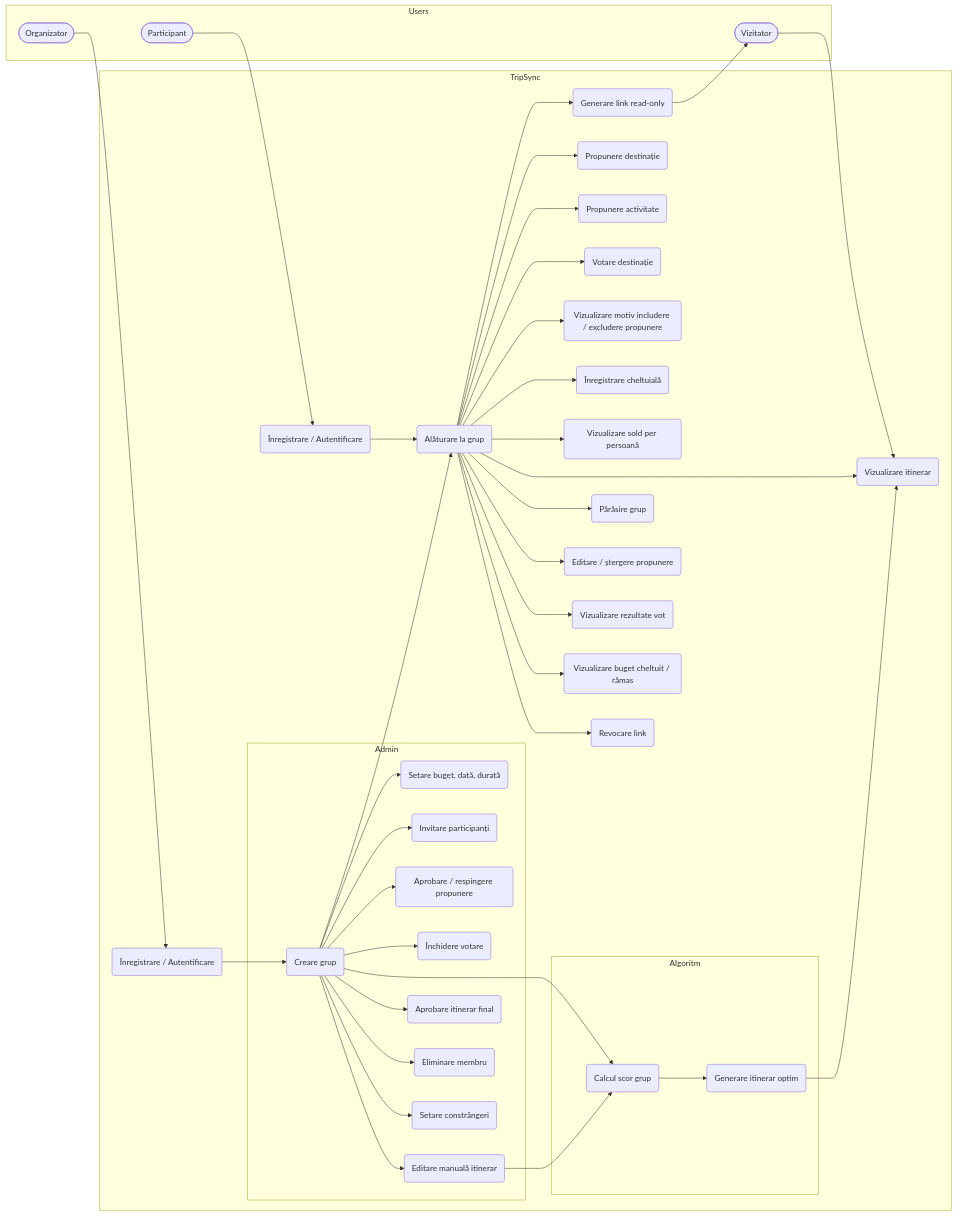
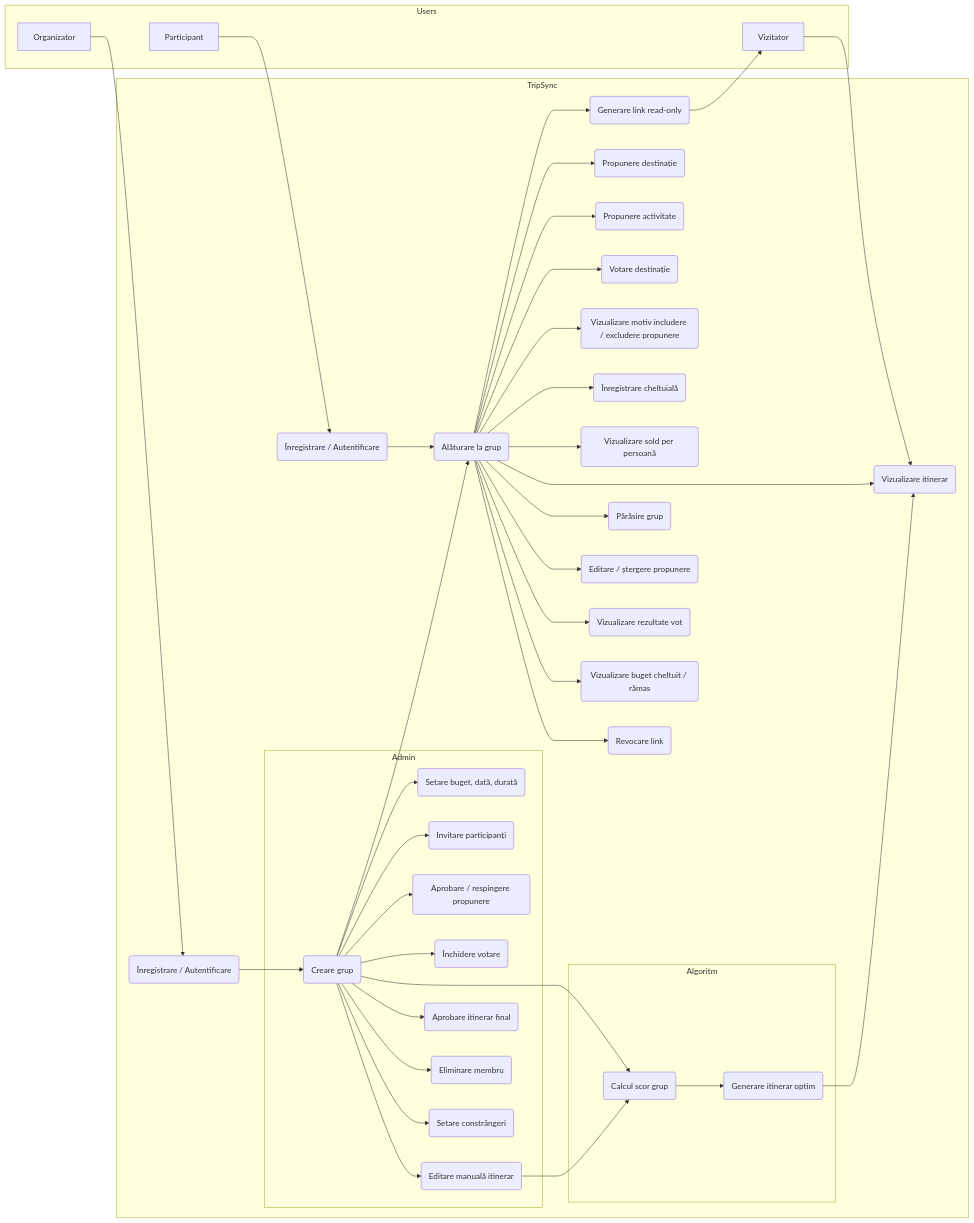
The second of 2 diagrams in doc/project_doc.md (vghidic/trip_sync), drawn with Mermaid before and after one commit. The commit also changed other lines of this file, not shown here.

````diff
--- a/doc/project_doc.md
+++ b/doc/project_doc.md
@@ -158,58 +218,58 @@
 ```mermaid
 flowchart LR
     subgraph Users
-      V(["Vizitator"])
-      P(["Participant"])
-      O(["Organizator"])
+      V["Vizitator"]
+      P["Participant"]
+      O["Organizator"]
     end
 
     subgraph TripSync
         PUC1("Înregistrare / Autentificare")
         OUC1("Înregistrare / Autentificare")
 
         subgraph Admin
           UC2("Creare grup")
           UC3("Setare buget, dată, durată")
           UC4("Invitare participanți")
           UC8("Aprobare / respingere propunere")
           UC11("Închidere votare")
           UC15("Editare manuală itinerar")
           UC16("Aprobare itinerar final")
           UC22("Eliminare membru")
           UC25("Setare constrângeri")
         end
 
         subgraph Algoritm
           UC12("Generare itinerar optim")
           UC13("Calcul scor grup")
         end
 
         UC5("Alăturare la grup")
         UC6("Propunere destinație")
         UC7("Propunere activitate")
         UC9("Votare destinație")
         UC14("Vizualizare motiv includere / excludere propunere")
         UC17("Vizualizare itinerar")
         UC18("Înregistrare cheltuială")
         UC19("Vizualizare sold per persoană")
         UC20("Generare link read-only")
         UC21("Părăsire grup")
         UC23("Editare / ștergere propunere")
         UC24("Vizualizare rezultate vot")
         UC26("Vizualizare buget cheltuit / rămas")
         UC27("Revocare link")
     end
 
     V --> UC17
     P --> PUC1
     O --> OUC1
     OUC1 --> UC2
     PUC1 --> UC5
     UC2 --> UC3 & UC5 & UC4 & UC8 & UC11 & UC13 & UC15 & UC16 & UC22 & UC25
     UC5 --> UC6 & UC7 & UC9 & UC14 & UC17 & UC18 & UC19 & UC20 & UC21 & UC23 & UC24 & UC26 & UC27
     UC12 --> UC17
     UC13 --> UC12
     UC15 --> UC13
     UC20 --> V
 
 ```
````
